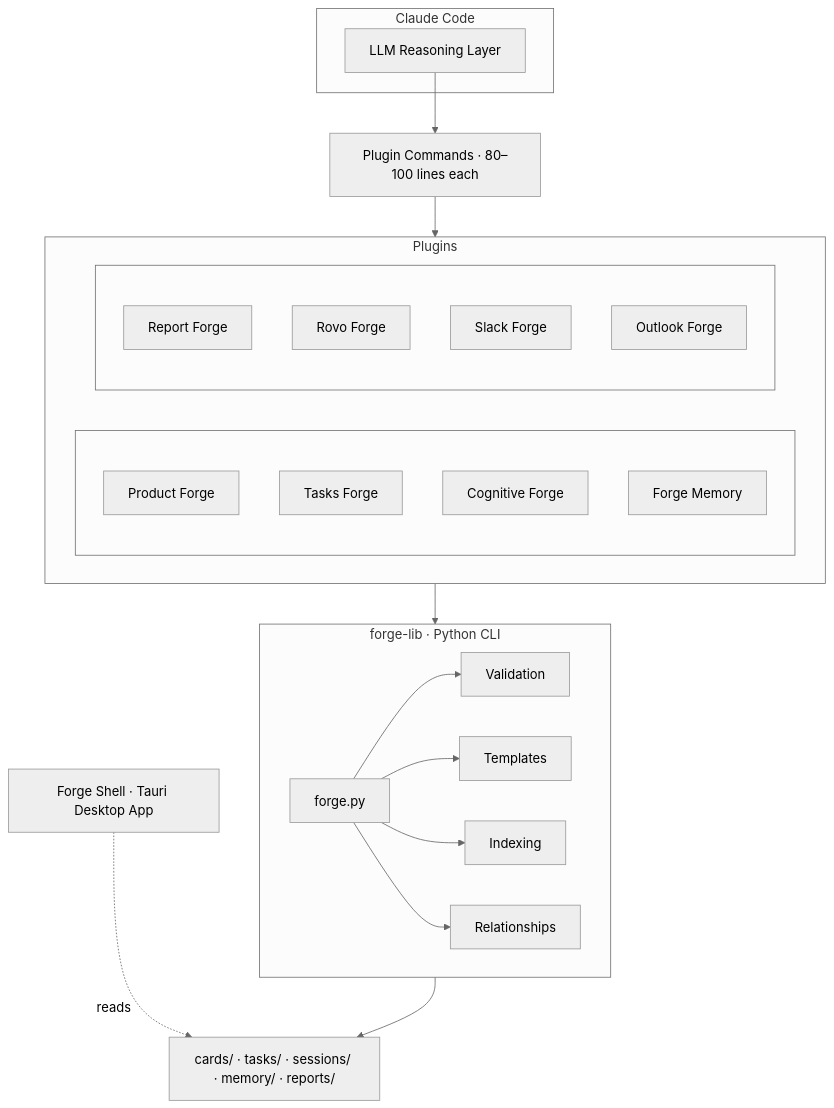
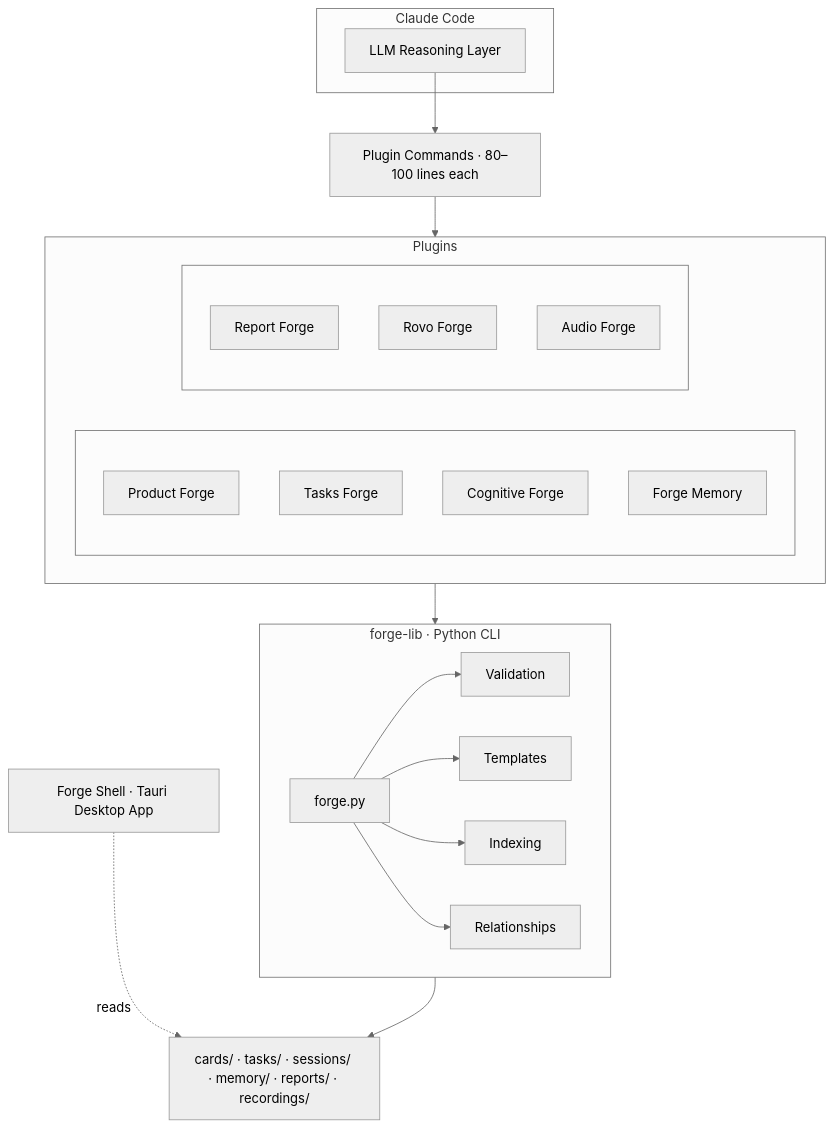
Before and after one commit to jeremybrice/the-forge: the diagram in README.md, drawn with Mermaid (neutral theme). The commit also changed other lines of this file and 108 other files, not shown here.

First line of the commit message:
chore: hard-delete slack-forge and outlook-forge

````diff
--- a/README.md
+++ b/README.md
@@ -49,36 +47,35 @@
 ```mermaid
 graph TB
     subgraph CC ["Claude Code"]
         A["LLM Reasoning Layer"]
     end
 
     A --> B["Plugin Commands · 80–100 lines each"]
 
     subgraph PL ["Plugins"]
         direction LR
         subgraph col1 [" "]
             C1["Product Forge"]
             C2["Tasks Forge"]
             C3["Cognitive Forge"]
             C4["Forge Memory"]
         end
         subgraph col2 [" "]
             C5["Report Forge"]
             C6["Rovo Forge"]
-            C7["Slack Forge"]
-            C8["Outlook Forge"]
+            C7["Audio Forge"]
         end
     end
 
     B --> PL
 
     subgraph FL ["forge-lib · Python CLI"]
         D["forge.py"] --> E1["Validation"] & E2["Templates"] & E3["Indexing"] & E4["Relationships"]
     end
 
     PL --> FL
 
-    FL --> F["cards/ · tasks/ · sessions/ · memory/ · reports/"]
+    FL --> F["cards/ · tasks/ · sessions/ · memory/ · reports/ · recordings/"]
 
     G["Forge Shell · Tauri Desktop App"] -.->|reads| F
 ```
````
